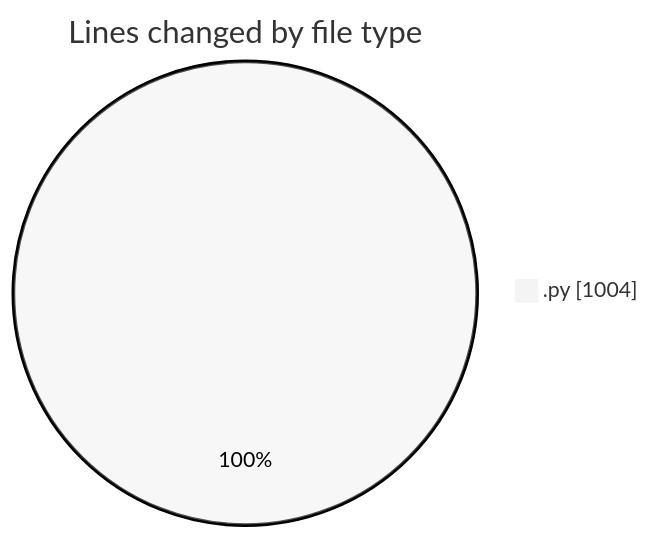
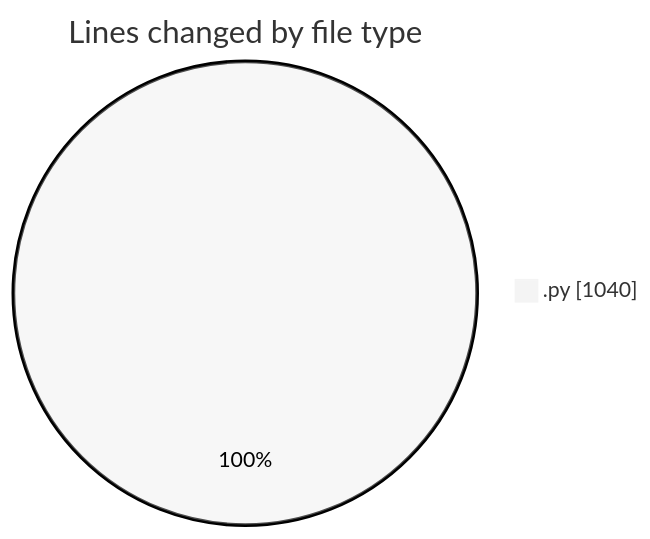
One commit to MatusMokan/code-tracking changed the first of 2 diagrams in 2025-11-15/untitled__workspace_/README.md. Above: the diagram before and after it, drawn with Mermaid (neutral theme). The commit also changed other lines of this file and 1 other file, not shown here.

````diff
--- a/2025-11-15/untitled__workspace_/README.md
+++ b/2025-11-15/untitled__workspace_/README.md
@@ -21,5 +21,5 @@
 ```mermaid
 pie showData
 title Lines changed by file type
-".py" : 1004
+".py" : 1040
 ```
````
